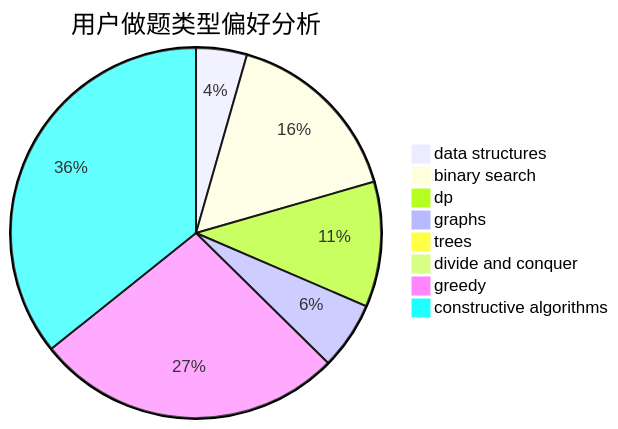
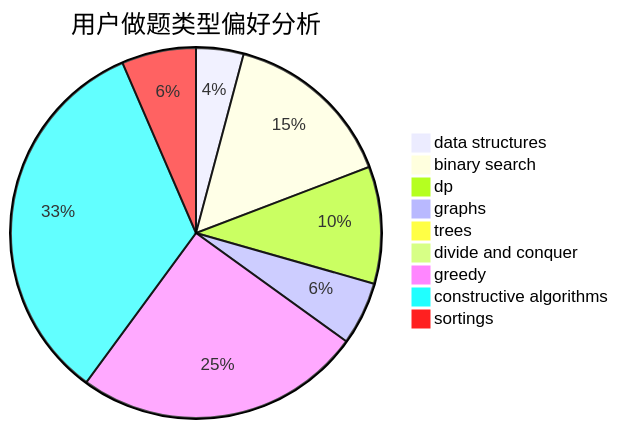
The second of 3 diagrams in docs/user/u2038.md (sherpahu/cfrs.github.io), drawn with Mermaid before and after one commit. The commit also changed other lines of this file and 2769 other files, not shown here.

````diff
--- a/docs/user/u2038.md
+++ b/docs/user/u2038.md
@@ -23,11 +18,12 @@
 ```mermaid
 pie title 用户做题类型偏好分析
     "data structures" :  30
     "binary search" :  109
     "dp" :  74
     "graphs" :  40
     "trees" :  1
     "divide and conquer" :  1
     "greedy" :  182
     "constructive algorithms" :  242
+    "sortings" :  47
 ```
````
